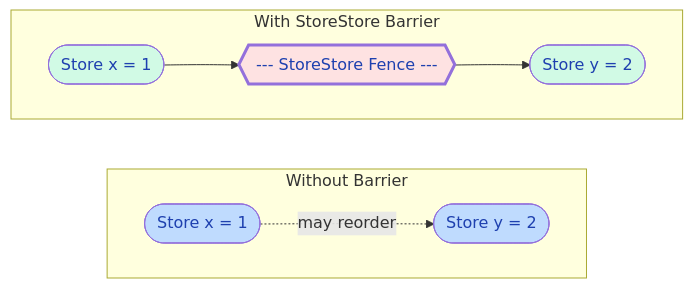
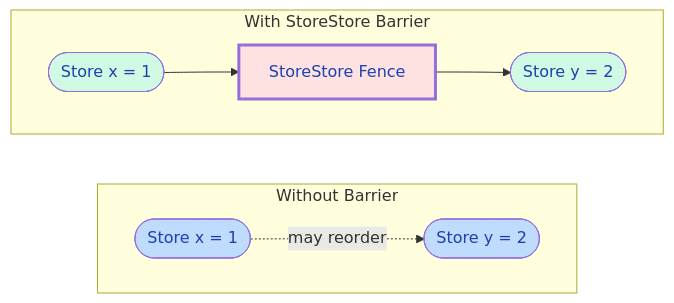
Before and after one commit to saivamsikaruturi/vamsilabs-dev-notes-main: the sixth of 7 diagrams in docs/java/JavaMemoryModel.md, drawn with Mermaid. The commit also changed other lines of this file and 3 other files, not shown here.

````diff
--- a/docs/java/JavaMemoryModel.md
+++ b/docs/java/JavaMemoryModel.md
@@ -346,18 +335,18 @@
 ```mermaid
 flowchart LR
     subgraph "Without Barrier"
         direction LR
         NB1(["Store x = 1"]) -.->|"may reorder"| NB2(["Store y = 2"])
     end
 
     subgraph "With StoreStore Barrier"
         direction LR
-        B1(["Store x = 1"]) --> FENCE{{"--- StoreStore Fence ---"}} --> B2(["Store y = 2"])
+        B1(["Store x = 1"]) --> FENCE["StoreStore Fence"] --> B2(["Store y = 2"])
     end
 
     style FENCE fill:#FEE2E2,color:#1E40AF,stroke-width:3px
     style B1 fill:#D1FAE5,color:#1E40AF
     style B2 fill:#D1FAE5,color:#1E40AF
     style NB1 fill:#BFDBFE,color:#1E40AF
     style NB2 fill:#BFDBFE,color:#1E40AF
 ```
````
